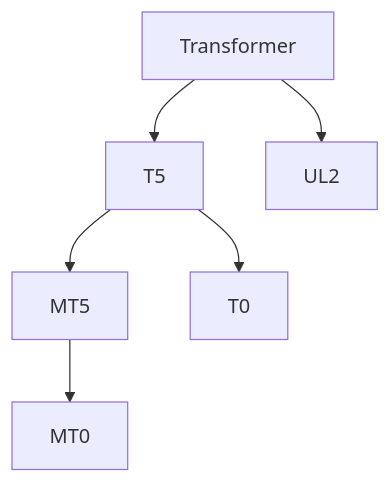
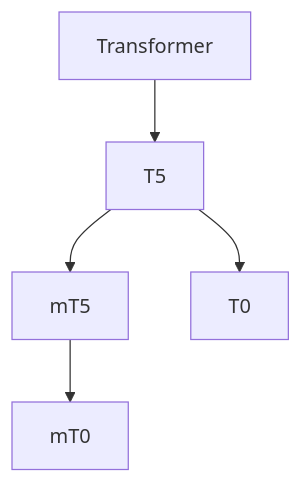
The eighth of 14 diagrams in doc/llm.md (ted-sharp/chatvox), drawn with Mermaid before and after one commit. The commit also changed other lines of this file, not shown here.

````diff
--- a/doc/llm.md
+++ b/doc/llm.md
@@ -353,9 +367,7 @@
 ```mermaid
 flowchart
 
-Transformer --> T5 --> MT5
+Transformer --> T5 --> mT5
 T5 --> T0
-MT5 --> MT0
-
-Transformer --> UL2
+mT5 --> mT0
 ```
````
